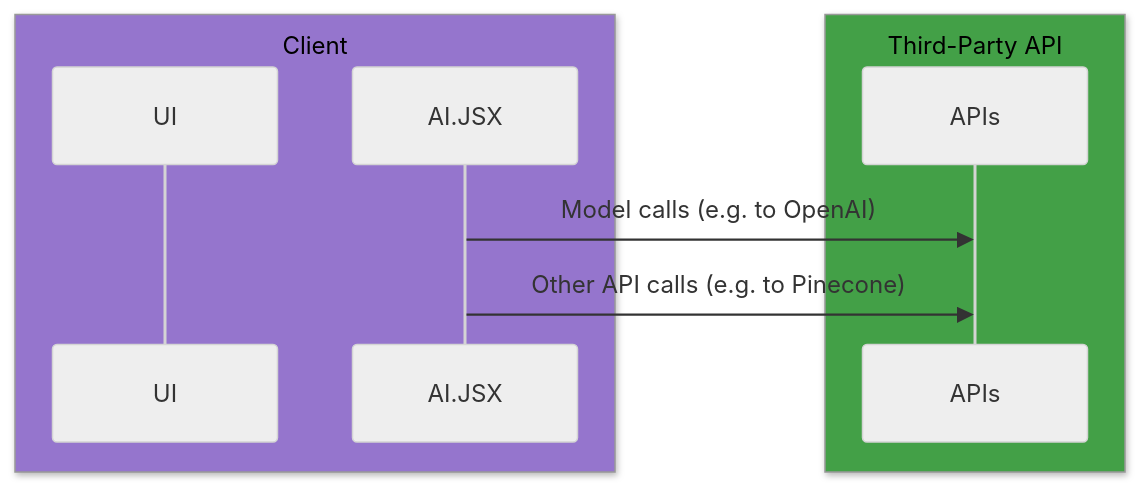
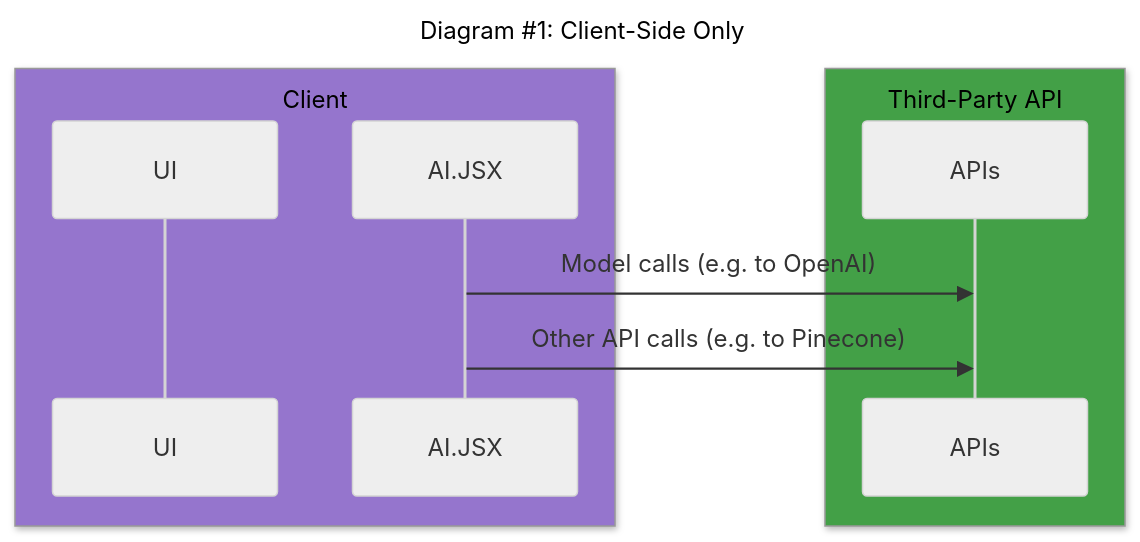
Before and after one commit to fixie-ai/ai-jsx: the first of 5 diagrams in packages/docs/docs/guides/architecture.mdx, drawn with Mermaid (neutral theme). The commit also changed other lines of this file, not shown here.

First line of the commit message:
Revamping architecture guide

````diff
--- a/packages/docs/docs/guides/architecture.mdx
+++ b/packages/docs/docs/guides/architecture.mdx
@@ -66,12 +90,13 @@
 ```mermaid
 sequenceDiagram
+    title Diagram #35;1: Client-Side Only
     box rgb(149, 117, 205) Client
     participant UI
     participant AI.JSX
     end
     box rgb(67, 160, 71) Third-Party API
     participant APIs
     end
     AI.JSX->>APIs: Model calls (e.g. to OpenAI)
     AI.JSX->>APIs: Other API calls (e.g. to Pinecone)
 ```
````
